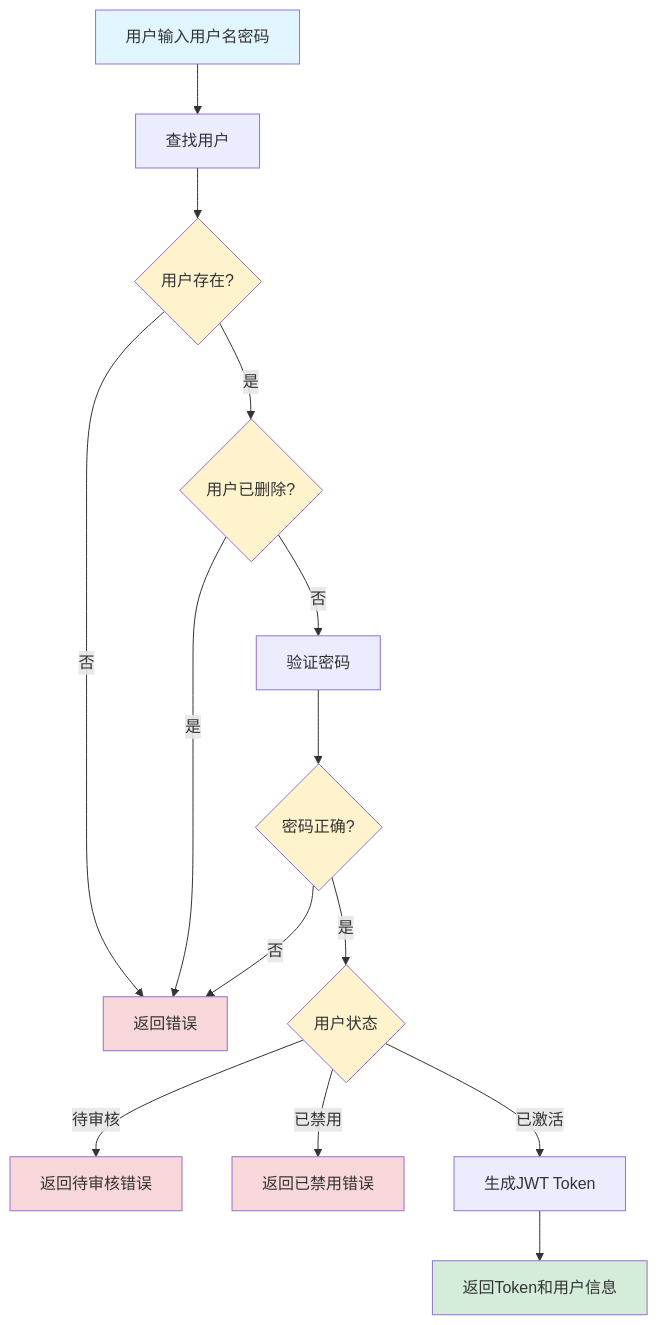
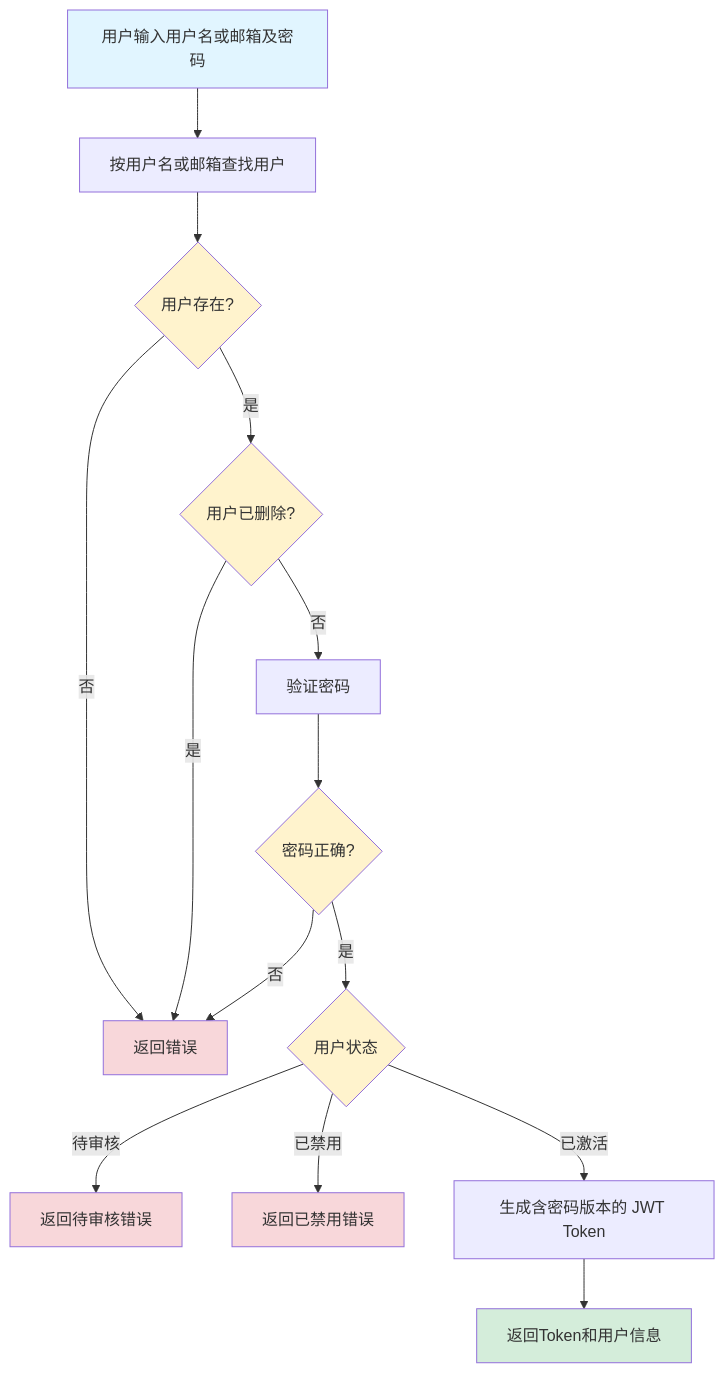
The third of 5 diagrams in backend/doc/5.用户认证与授权功能设计文档.md (NanoAgentCode/DifyApp), drawn with Mermaid before and after one commit. The commit also changed other lines of this file and 46 other files, not shown here.

````diff
--- a/backend/doc/5.用户认证与授权功能设计文档.md
+++ b/backend/doc/5.用户认证与授权功能设计文档.md
@@ -477,26 +537,26 @@
 ```mermaid
 flowchart TD
-    A[用户输入用户名密码] --> B[查找用户]
+    A[用户输入用户名或邮箱及密码] --> B[按用户名或邮箱查找用户]
     B --> C{用户存在?}
     C -->|否| D[返回错误]
     C -->|是| E{用户已删除?}
     E -->|是| D
     E -->|否| F[验证密码]
     F --> G{密码正确?}
     G -->|否| D
     G -->|是| H{用户状态}
     H -->|待审核| I[返回待审核错误]
     H -->|已禁用| J[返回已禁用错误]
-    H -->|已激活| K[生成JWT Token]
+    H -->|已激活| K[生成含密码版本的 JWT Token]
     K --> L[返回Token和用户信息]
     
     style A fill:#e1f5ff
     style L fill:#d4edda
     style C fill:#fff3cd
     style E fill:#fff3cd
     style G fill:#fff3cd
     style H fill:#fff3cd
     style D fill:#f8d7da
     style I fill:#f8d7da
     style J fill:#f8d7da
 ```
````
